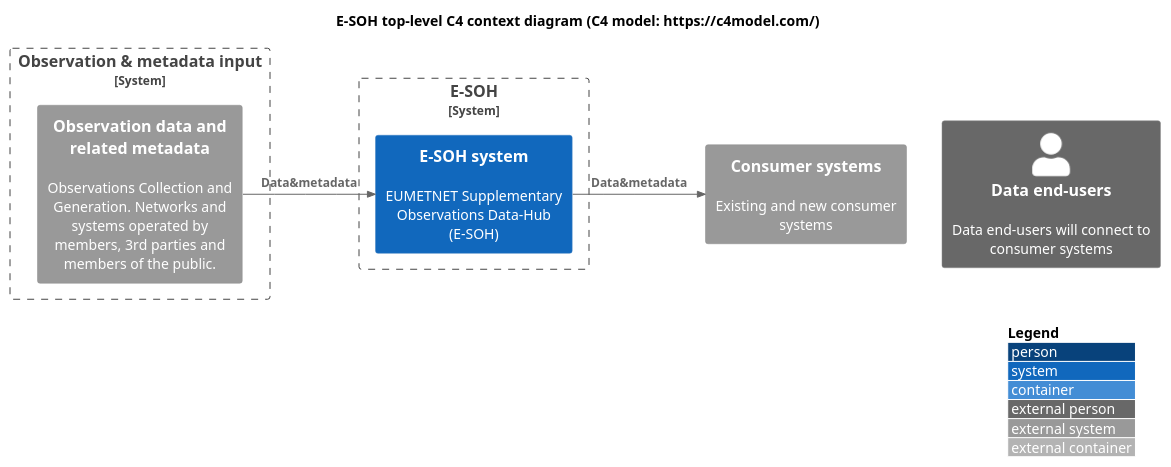
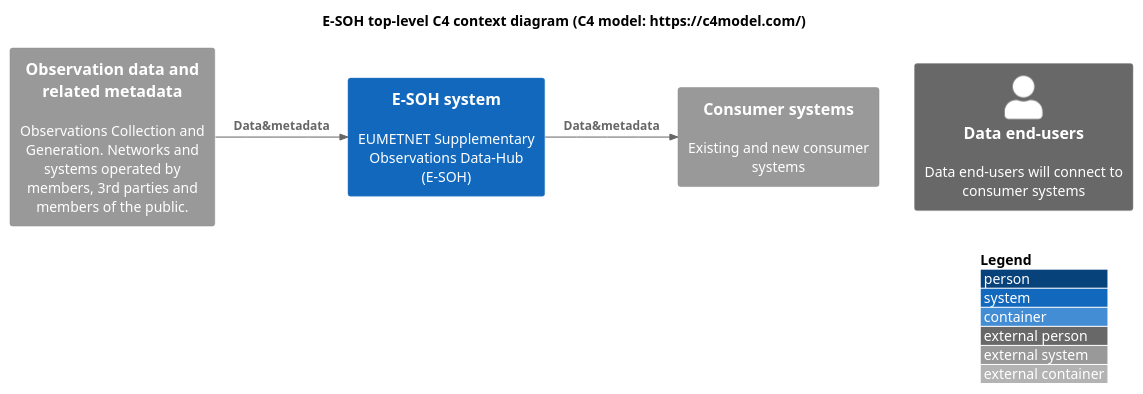
Before and after one commit to EURODEO/e-soh-c4: the diagram in 01-context-diagram-toplevel/E-SOH-C4-toplevel-context-diagram.puml, drawn with PlantUML. The commit also changed 2 other files, not shown here.

```diff
--- a/01-context-diagram-toplevel/E-SOH-C4-toplevel-context-diagram.puml
+++ b/01-context-diagram-toplevel/E-SOH-C4-toplevel-context-diagram.puml
@@ -1,35 +1,29 @@
 @startuml "E-SOH-C4-toplevel-context-diagram"
 
 !include <C4/C4_Container>
 
 '!include https://raw.githubusercontent.com/plantuml-stdlib/C4-PlantUML/master/C4_Context.puml
 ' or use local:
 '!include C4_Context.puml
 
 'LAYOUT_TOP_DOWN()
 'LAYOUT_AS_SKETCH()
 LAYOUT_WITH_LEGEND()
 
 title E-SOH top-level C4 context diagram (C4 model: https://c4model.com/)
 
-System_Boundary(c0, "Observation & metadata input") {
-    System_Ext(srcsys, "Observation data and related metadata", "Observations Collection and Generation. Networks and systems operated by members, 3rd parties and members of the public.")
-'    System_Ext(oscar, "WMO OSCAR", "WIGOS metadata for all surface-based observing stations and platforms.")
-}
-
-System_Boundary(c1, "E-SOH") {
-    System(esoh, "E-SOH system", "EUMETNET Supplementary Observations Data-Hub (E-SOH)")
-}
+System_Ext(srcsys, "Observation data and related metadata", "Observations Collection and Generation. Networks and systems operated by members, 3rd parties and members of the public.")
+System(esoh, "E-SOH system", "EUMETNET Supplementary Observations Data-Hub (E-SOH)")
 
 Rel_R(srcsys, esoh, "Data&metadata")
 
 System_Ext(consys, "Consumer systems", "Existing and new consumer systems")
 Person_Ext(enduser, "Data end-users", "Data end-users will connect to consumer systems")
 
 Rel_R(esoh, consys, "Data&metadata")
 
 'layout wishes:
 Lay_R(consys, enduser)
 
 
 @enduml
```
